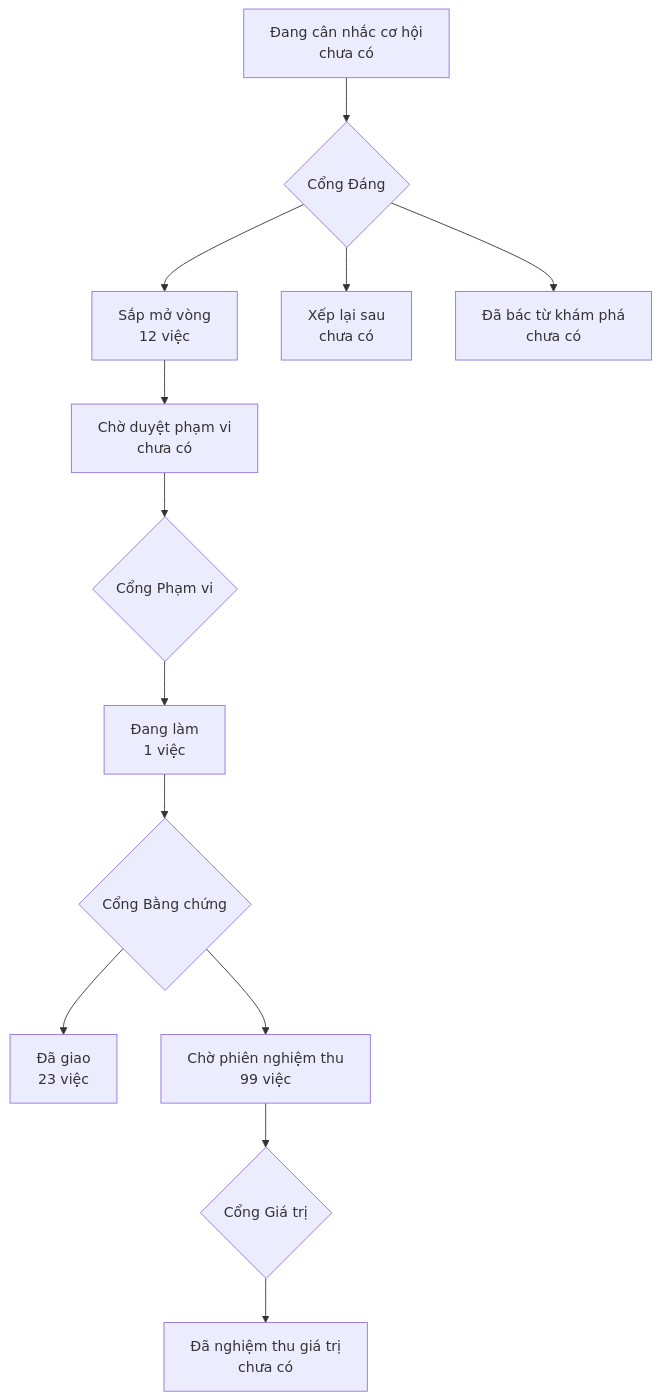
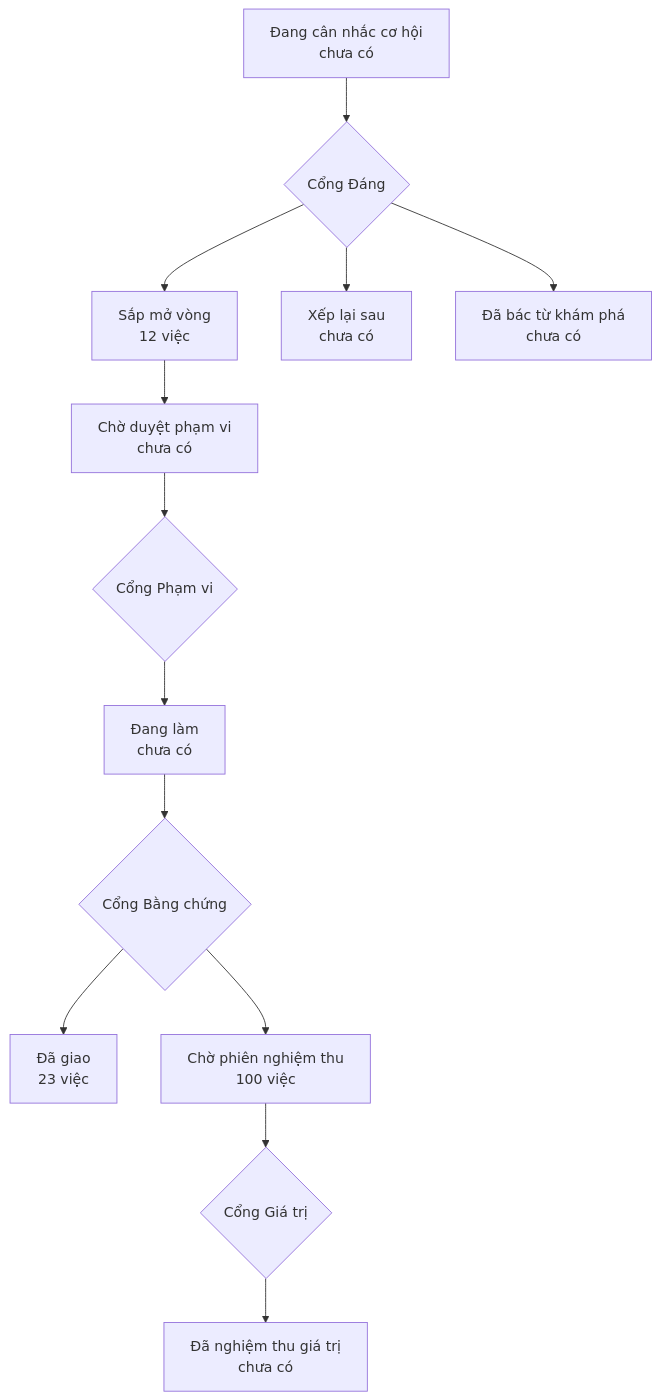
Before and after one commit to phanlemanh/onehub-quy-hang: the diagram in PRODUCT-MAP.md, drawn with Mermaid. The commit also changed other lines of this file and 4 other files, not shown here.

````diff
--- a/PRODUCT-MAP.md
+++ b/PRODUCT-MAP.md
@@ -7,12 +7,12 @@
 ```mermaid
 flowchart TD
   A["Đang cân nhắc cơ hội<br/>chưa có"] --> GD{"Cổng Đáng"}
   GD --> B["Sắp mở vòng<br/>12 việc"]
   GD --> XL["Xếp lại sau<br/>chưa có"]
   GD --> DB["Đã bác từ khám phá<br/>chưa có"]
   B --> CD["Chờ duyệt phạm vi<br/>chưa có"] --> GP{"Cổng Phạm vi"}
-  GP --> DL["Đang làm<br/>1 việc"] --> GB{"Cổng Bằng chứng"}
+  GP --> DL["Đang làm<br/>chưa có"] --> GB{"Cổng Bằng chứng"}
   GB --> DG["Đã giao<br/>23 việc"]
-  GB --> CN["Chờ phiên nghiệm thu<br/>99 việc"] --> GG{"Cổng Giá trị"}
+  GB --> CN["Chờ phiên nghiệm thu<br/>100 việc"] --> GG{"Cổng Giá trị"}
   GG --> NT["Đã nghiệm thu giá trị<br/>chưa có"]
 ```
````
